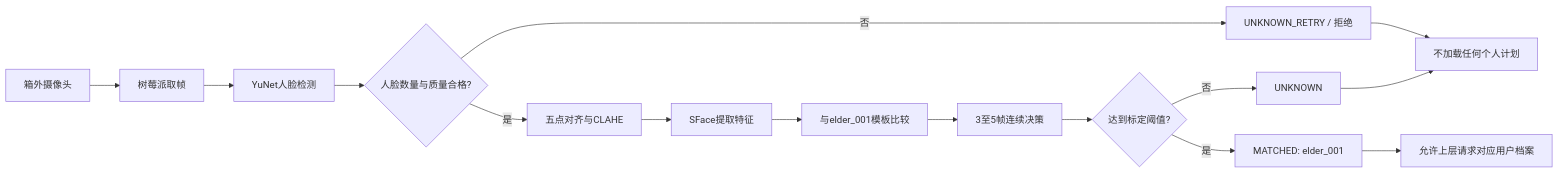
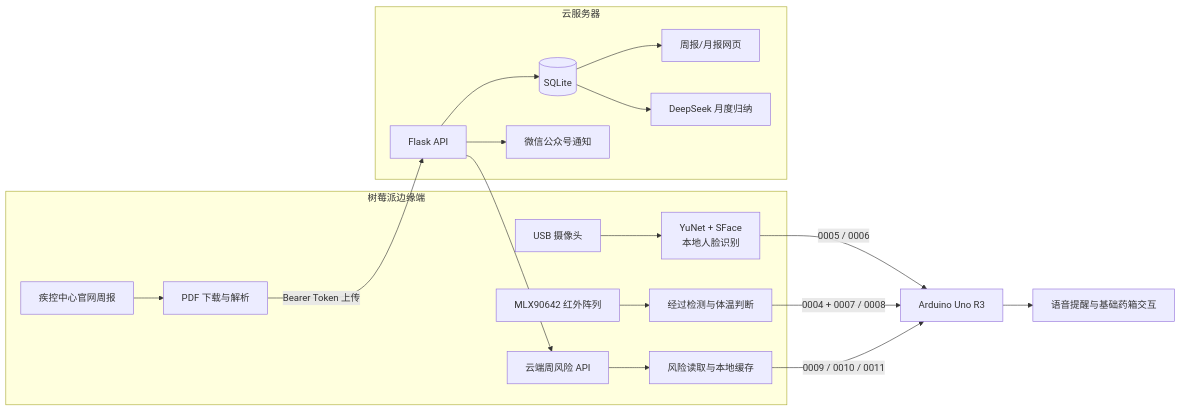
Before and after one commit to hun01108-eng/medicine-box-face-demo: the diagram in README.md, drawn with Mermaid. The commit also changed other lines of this file, not shown here.

````diff
--- a/README.md
+++ b/README.md
@@ -33,17 +26,24 @@
 ```mermaid
 flowchart LR
-    A[箱外摄像头] --> B[树莓派取帧]
-    B --> C[YuNet人脸检测]
-    C --> D{人脸数量与质量合格?}
-    D -- 否 --> E[UNKNOWN_RETRY / 拒绝]
-    D -- 是 --> F[五点对齐与CLAHE]
-    F --> G[SFace提取特征]
-    G --> H[与elder_001模板比较]
-    H --> I[3至5帧连续决策]
-    I --> J{达到标定阈值?}
-    J -- 是 --> K[MATCHED: elder_001]
-    J -- 否 --> L[UNKNOWN]
-    K --> M[允许上层请求对应用户档案]
-    E --> N[不加载任何个人计划]
-    L --> N
+    subgraph Edge[树莓派边缘端]
+        USB[USB 摄像头] --> FACE[YuNet + SFace\n本地人脸识别]
+        IR[MLX90642 红外阵列] --> THERMAL[经过检测与体温判断]
+        CDC[疾控中心官网周报] --> WORKER[PDF 下载与解析]
+        CLOUDAPI[云端周风险 API] --> RISK[风险读取与本地缓存]
+    end
+
+    WORKER -->|Bearer Token 上传| API
+
+    subgraph Cloud[云服务器]
+        API[Flask API] --> DB[(SQLite)]
+        DB --> WEB[周报/月报网页]
+        DB --> AI[DeepSeek 月度归纳]
+        API --> WECHAT[微信公众号通知]
+    end
+
+    API --> CLOUDAPI
+    FACE -->|0005 / 0006| UNO[Arduino Uno R3]
+    THERMAL -->|0004 + 0007 / 0008| UNO
+    RISK -->|0009 / 0010 / 0011| UNO
+    UNO --> AUDIO[语音提醒与基础药箱交互]
 ```
````
